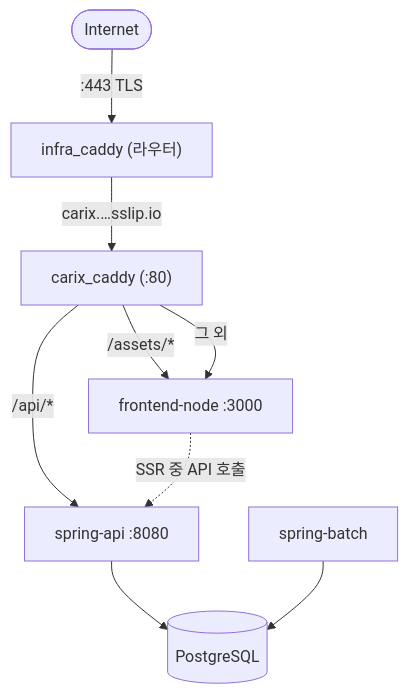
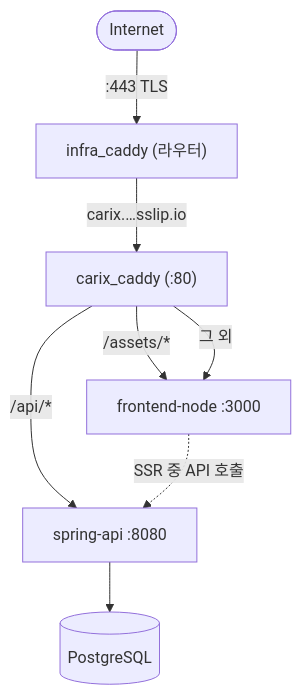
Before and after one commit to SeoHyeokGyu/Carix: the second of 2 diagrams in README.md, drawn with Mermaid. The commit also changed other lines of this file and 5 other files, not shown here.

First line of the commit message:
chore: spring-batch 서비스 제거, 앱 엣지 nginx 미채택 결정 기록

````diff
--- a/README.md
+++ b/README.md
@@ -272,11 +272,10 @@
 ```mermaid
 flowchart TD
     Internet([Internet]) -->|":443 TLS"| Router["infra_caddy (라우터)"]
     Router -->|"carix.…sslip.io"| CarixCaddy["carix_caddy (:80)"]
     CarixCaddy -->|"/api/*"| SpringBoot["spring-api :8080"]
     CarixCaddy -->|"/assets/*"| NodeSSR
     CarixCaddy -->|"그 외"| NodeSSR["frontend-node :3000"]
     NodeSSR -.->|"SSR 중 API 호출"| SpringBoot
     SpringBoot --> DB[(PostgreSQL)]
-    Batch["spring-batch"] --> DB
 ```
````
